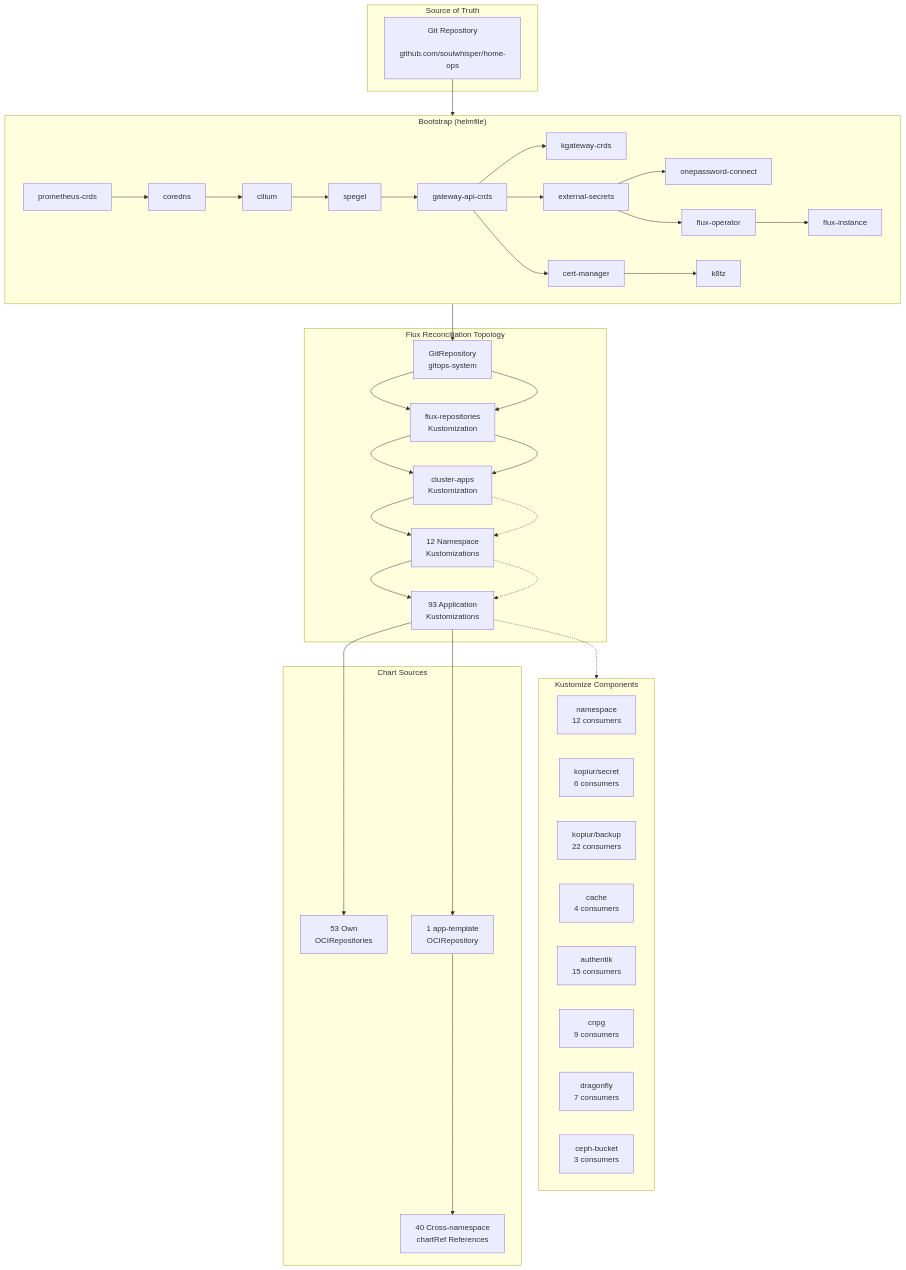
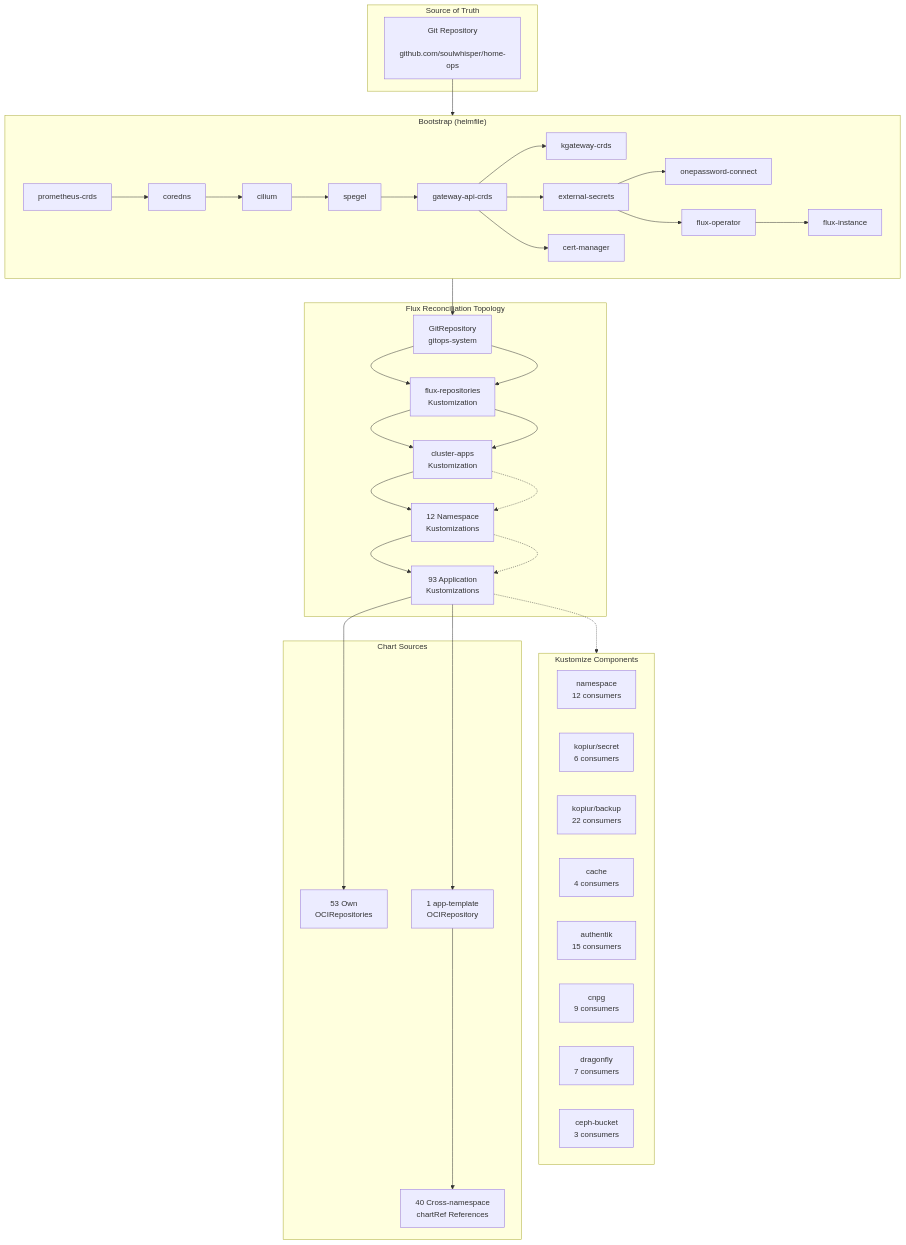
Before and after one commit to soulwhisper/home-ops: the diagram in docs/infrastructure/kubernetes.md, drawn with Mermaid. The commit also changed other lines of this file and 34 other files, not shown here.

````diff
--- a/docs/infrastructure/kubernetes.md
+++ b/docs/infrastructure/kubernetes.md
@@ -12,73 +12,72 @@
 ```mermaid
 flowchart TB
     subgraph Source["Source of Truth"]
         GIT["Git Repository
         github.com/soulwhisper/home-ops"]
     end
 
     subgraph Bootstrap["Bootstrap (helmfile)"]
         direction LR
         B1["prometheus-crds"] --> B2["coredns"]
         B2 --> B3["cilium"]
         B3 --> B4["spegel"]
         B4 --> B5["gateway-api-crds"]
         B5 --> B6["kgateway-crds"]
         B5 --> B7["external-secrets"]
         B5 --> B8["cert-manager"]
         B7 --> B9["onepassword-connect"]
-        B8 --> B10["k8tz"]
         B7 --> B11["flux-operator"]
         B11 --> B12["flux-instance"]
     end
 
     subgraph FluxTopo["Flux Reconciliation Topology"]
         GR["GitRepository
         gitops-system"] --> FR["flux-repositories
         Kustomization"]
         FR --> CA["cluster-apps
         Kustomization"]
         CA --> NS["12 Namespace
         Kustomizations"]
         NS --> APPS["93 Application
         Kustomizations"]
     end
 
     subgraph Components["Kustomize Components"]
         NS_COMP["namespace
         12 consumers"]
         KOPIUR_SECRET["kopiur/secret
         6 consumers"]
         KOPIUR_BACKUP["kopiur/backup
         22 consumers"]
         CACHE["cache
         4 consumers"]
         AUTHENTIK["authentik
         15 consumers"]
         CNPG["cnpg
         9 consumers"]
         DRAGONFLY["dragonfly
         7 consumers"]
         CEPH["ceph-bucket
         3 consumers"]
     end
 
     subgraph Charts["Chart Sources"]
         OCI_OWN["53 Own
         OCIRepositories"]
         OCI_TPL["1 app-template
         OCIRepository"]
         CROSS["40 Cross-namespace
         chartRef References"]
     end
 
     GIT --> Bootstrap
     Bootstrap --> GR
     GR --> FR
     FR --> CA
     CA -.-> NS
     NS -.-> APPS
     APPS -.-> Components
     APPS --> OCI_OWN
     APPS --> OCI_TPL
     OCI_TPL --> CROSS
 ```
````
